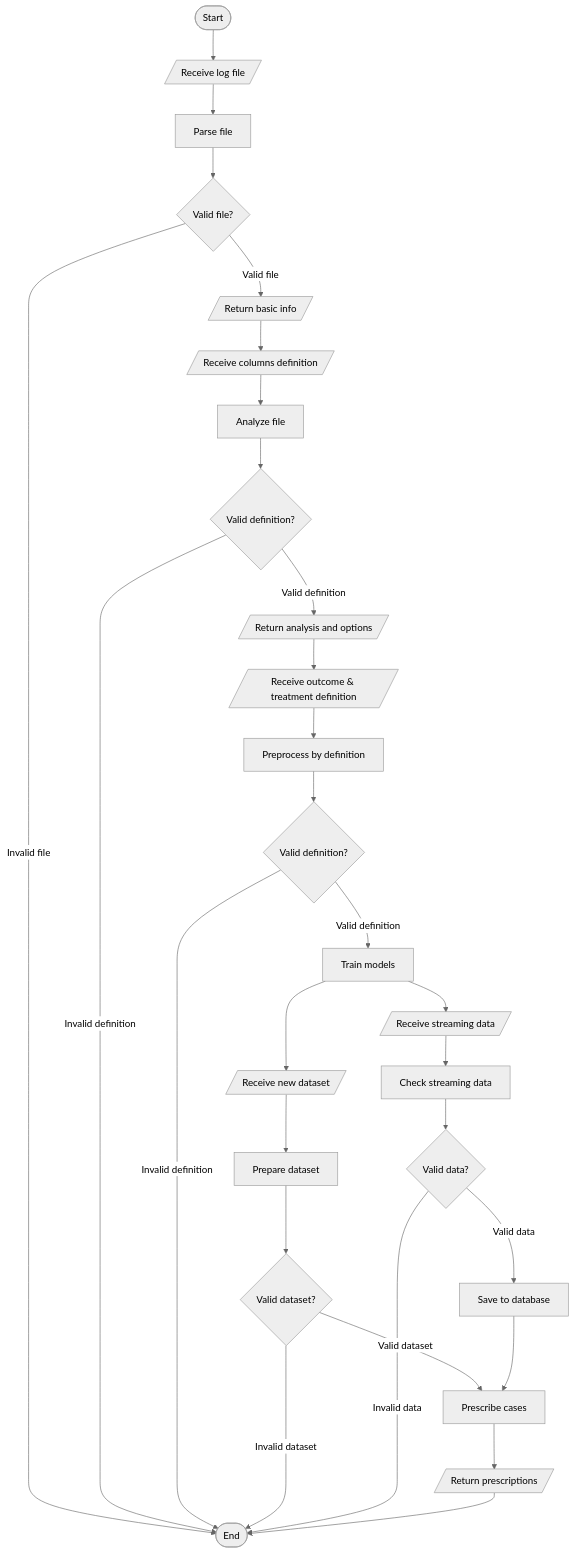
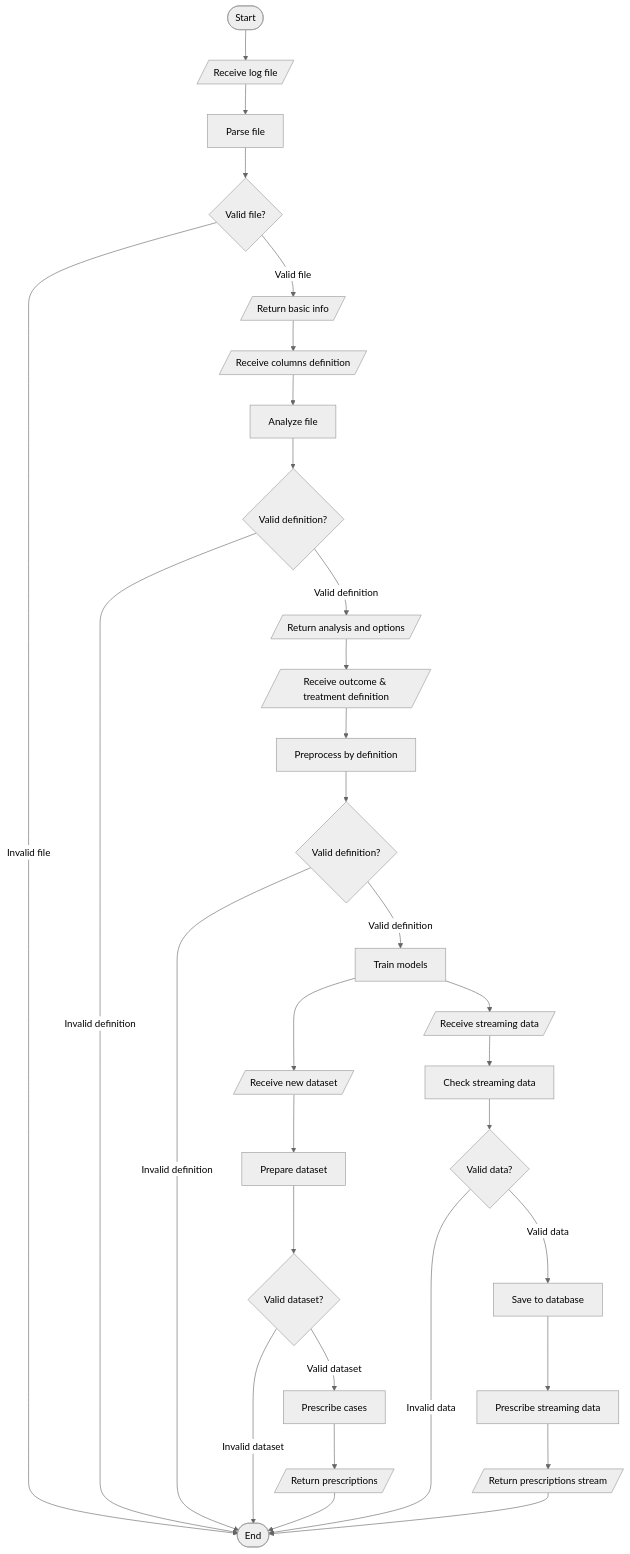
One commit to prcore/docs changed the diagram in content/development/core/flowchart.md. Above: the diagram before and after it, drawn with Mermaid (neutral theme). The commit also changed 6 other files, not shown here.

Commit message:
Update sequence diagram

```diff
--- a/content/development/core/flowchart.md
+++ b/content/development/core/flowchart.md
@@ -14,31 +14,33 @@
 {{< mermaid class="text-center" >}}
 flowchart TB
     Start([Start]) --> Upload[/Receive log file/]
     Upload --> Parse[Parse file]
     Parse --> IsValidFile{Valid file?}
     IsValidFile --> |Valid file| Brief[/Return basic info/]
     IsValidFile --> |Invalid file| End([End])
     Brief --> ColumnsDefintion[/Receive columns definition/]
     ColumnsDefintion --> Analyze[Analyze file]
     Analyze --> IsValidColumnsDefinition{Valid definition?}
     IsValidColumnsDefinition --> |Valid definition| AnalyzeResult[/Return analysis and options/]
     IsValidColumnsDefinition --> |Invalid definition| End
     AnalyzeResult --> ProjectDefintion[/Receive outcome & treatment definition/]
     ProjectDefintion --> Preprocess[Preprocess by definition]
     Preprocess --> IsValidProjectDefinition{Valid definition?}
     IsValidProjectDefinition --> |Valid definition| Train[Train models]
     IsValidProjectDefinition --> |Invalid definition| End
     Train --> NewDataset[/Receive new dataset/]
     NewDataset --> Prepare[Prepare dataset]
     Prepare --> IsValidDataset{Valid dataset?}
     IsValidDataset --> |Valid dataset| Prescribe[Prescribe cases]
     IsValidDataset --> |Invalid dataset| End
+    Prescribe --> Result[/Return prescriptions/]
+    Result --> End
     Train --> Streaming[/Receive streaming data/]
     Streaming --> Check[Check streaming data]
     Check --> IsValidData{Valid data?}
     IsValidData --> |Valid data| SaveToDB[Save to database]
-    SaveToDB --> Prescribe
     IsValidData --> |Invalid data| End
-    Prescribe --> Result[/Return prescriptions/]
-    Result --> End
+    SaveToDB --> PrescribeStreaming[Prescribe streaming data]
+    PrescribeStreaming --> ResultStream[/Return prescriptions stream/]
+    ResultStream --> End
 {{< /mermaid >}}
```
